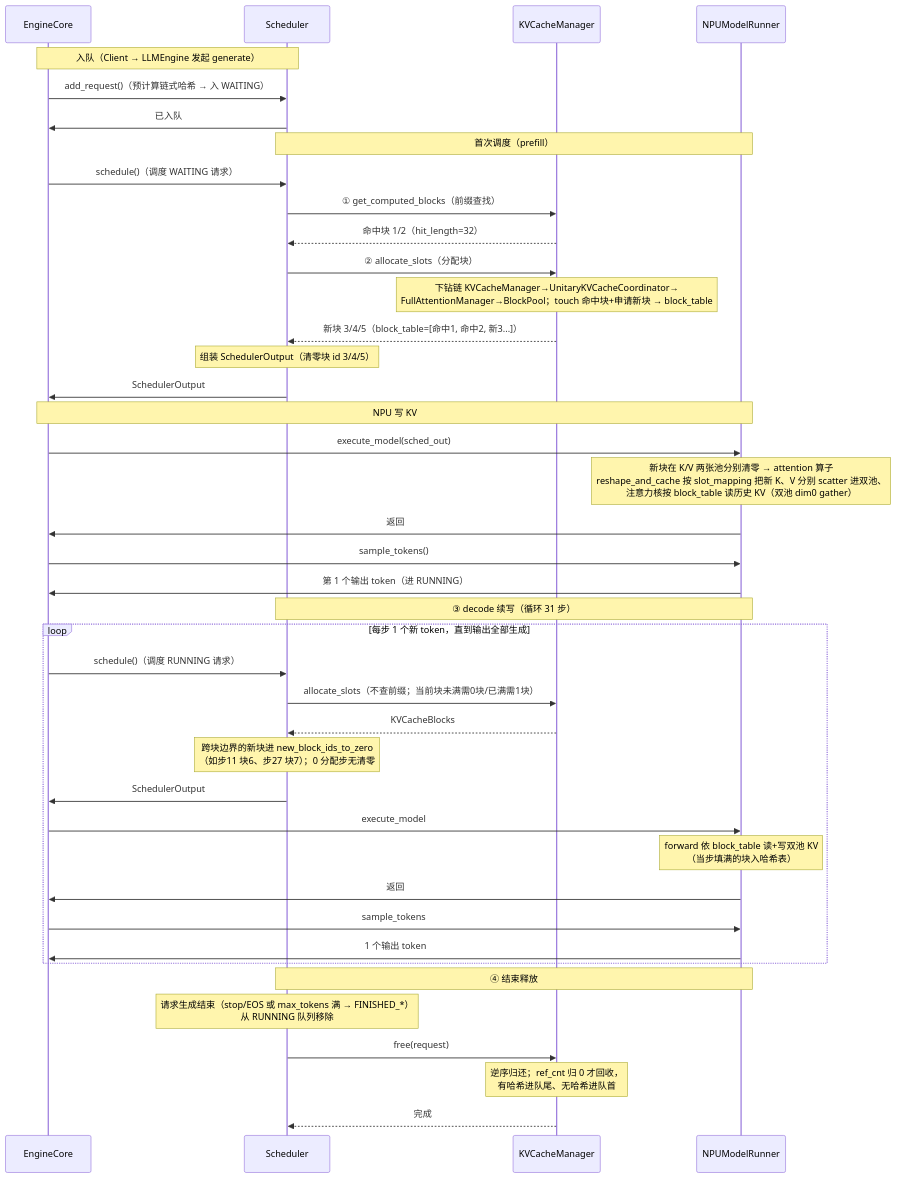
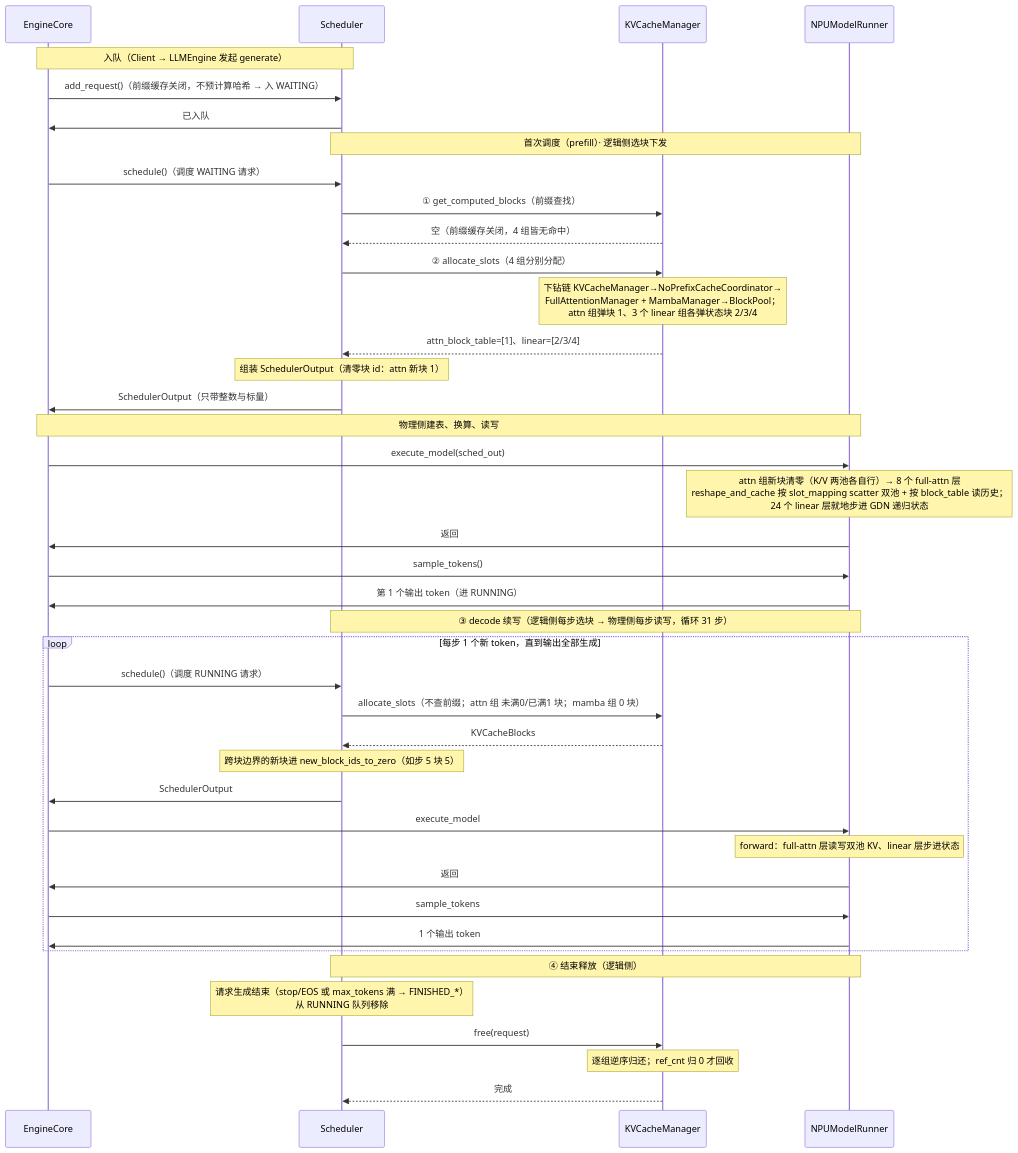
The first of 5 diagrams in vllm/v1/core/kvcache_study/kvcache_docs/npu_hybrid/2_runtime_sequence.md (GoCHug/vllm), drawn with Mermaid before and after one commit. The commit also changed other lines of this file and 3 other files, not shown here.

````diff
--- a/vllm/v1/core/kvcache_study/kvcache_docs/npu_hybrid/2_runtime_sequence.md
+++ b/vllm/v1/core/kvcache_study/kvcache_docs/npu_hybrid/2_runtime_sequence.md
@@ -135,49 +132,49 @@
 ```mermaid
 %%{init: {"themeVariables": {"actorFontSize": "11px", "messageFontSize": "11px", "noteFontSize": "11px"}, "sequence": {"actorMargin": 40, "messageMargin": 16, "noteMargin": 8, "boxMargin": 8, "mirrorActors": true}}}%%
 sequenceDiagram
     participant EngineCore
     participant Scheduler
     participant KVCacheManager
     participant NPUModelRunner
 
     Note over EngineCore,Scheduler: 入队（Client → LLMEngine 发起 generate）
-    EngineCore->>Scheduler: add_request()（预计算链式哈希 → 入 WAITING）
+    EngineCore->>Scheduler: add_request()（前缀缓存关闭，不预计算哈希 → 入 WAITING）
     Scheduler->>EngineCore: 已入队
 
-    Note over Scheduler,NPUModelRunner: 首次调度（prefill）
+    Note over Scheduler,NPUModelRunner: 首次调度（prefill）· 逻辑侧选块下发
     EngineCore->>Scheduler: schedule()（调度 WAITING 请求）
     Scheduler->>KVCacheManager: ① get_computed_blocks（前缀查找）
-    KVCacheManager-->>Scheduler: 命中块 1/2（hit_length=32）
-    Scheduler->>KVCacheManager: ② allocate_slots（分配块）
-    Note over KVCacheManager: 下钻链 KVCacheManager→UnitaryKVCacheCoordinator→<br/>FullAttentionManager→BlockPool；touch 命中块+申请新块 → block_table
-    KVCacheManager-->>Scheduler: 新块 3/4/5（block_table=[命中1, 命中2, 新3...]）
-    Note over Scheduler: 组装 SchedulerOutput（清零块 id 3/4/5）
-    Scheduler->>EngineCore: SchedulerOutput
+    KVCacheManager-->>Scheduler: 空（前缀缓存关闭，4 组皆无命中）
+    Scheduler->>KVCacheManager: ② allocate_slots（4 组分别分配）
+    Note over KVCacheManager: 下钻链 KVCacheManager→NoPrefixCacheCoordinator→<br/>FullAttentionManager + MambaManager→BlockPool；<br/>attn 组弹块 1、3 个 linear 组各弹状态块 2/3/4
+    KVCacheManager-->>Scheduler: attn_block_table=[1]、linear=[2/3/4]
+    Note over Scheduler: 组装 SchedulerOutput（清零块 id：attn 新块 1）
+    Scheduler->>EngineCore: SchedulerOutput（只带整数与标量）
 
-    Note over EngineCore,NPUModelRunner: NPU 写 KV
+    Note over EngineCore,NPUModelRunner: 物理侧建表、换算、读写
     EngineCore->>NPUModelRunner: execute_model(sched_out)
-    Note over NPUModelRunner: 新块在 K/V 两张池分别清零 → attention 算子<br/>reshape_and_cache 按 slot_mapping 把新 K、V 分别 scatter 进双池、<br/>注意力核按 block_table 读历史 KV（双池 dim0 gather）
+    Note over NPUModelRunner: attn 组新块清零（K/V 两池各自行）→ 8 个 full-attn 层<br/>reshape_and_cache 按 slot_mapping scatter 双池 + 按 block_table 读历史；<br/>24 个 linear 层就地步进 GDN 递归状态
     NPUModelRunner->>EngineCore: 返回
     EngineCore->>NPUModelRunner: sample_tokens()
     NPUModelRunner->>EngineCore: 第 1 个输出 token（进 RUNNING）
 
-    Note over Scheduler,NPUModelRunner: ③ decode 续写（循环 31 步）
+    Note over Scheduler,NPUModelRunner: ③ decode 续写（逻辑侧每步选块 → 物理侧每步读写，循环 31 步）
     loop 每步 1 个新 token，直到输出全部生成
         EngineCore->>Scheduler: schedule()（调度 RUNNING 请求）
-        Scheduler->>KVCacheManager: allocate_slots（不查前缀；当前块未满需0块/已满需1块）
+        Scheduler->>KVCacheManager: allocate_slots（不查前缀；attn 组 未满0/已满1 块；mamba 组 0 块）
         KVCacheManager-->>Scheduler: KVCacheBlocks
-        Note over Scheduler: 跨块边界的新块进 new_block_ids_to_zero<br/>（如步11 块6、步27 块7）；0 分配步无清零
+        Note over Scheduler: 跨块边界的新块进 new_block_ids_to_zero（如步 5 块 5）
         Scheduler->>EngineCore: SchedulerOutput
         EngineCore->>NPUModelRunner: execute_model
-        Note over NPUModelRunner: forward 依 block_table 读+写双池 KV<br/>（当步填满的块入哈希表）
+        Note over NPUModelRunner: forward：full-attn 层读写双池 KV、linear 层步进状态
         NPUModelRunner->>EngineCore: 返回
         EngineCore->>NPUModelRunner: sample_tokens
         NPUModelRunner->>EngineCore: 1 个输出 token
     end
 
-    Note over Scheduler,NPUModelRunner: ④ 结束释放
+    Note over Scheduler,NPUModelRunner: ④ 结束释放（逻辑侧）
     Note over Scheduler: 请求生成结束（stop/EOS 或 max_tokens 满 → FINISHED_*）<br/>从 RUNNING 队列移除
     Scheduler->>KVCacheManager: free(request)
-    Note over KVCacheManager: 逆序归还；ref_cnt 归 0 才回收，<br/>有哈希进队尾、无哈希进队首
+    Note over KVCacheManager: 逐组逆序归还；ref_cnt 归 0 才回收
     KVCacheManager-->>Scheduler: 完成
 ```
````
